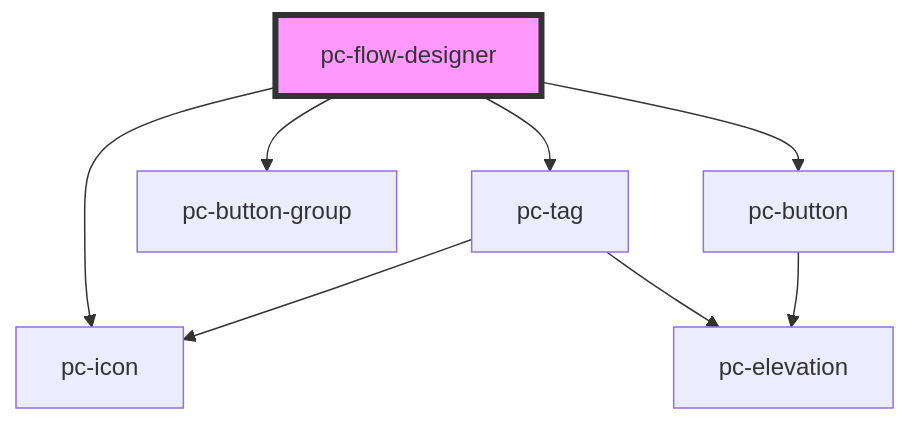
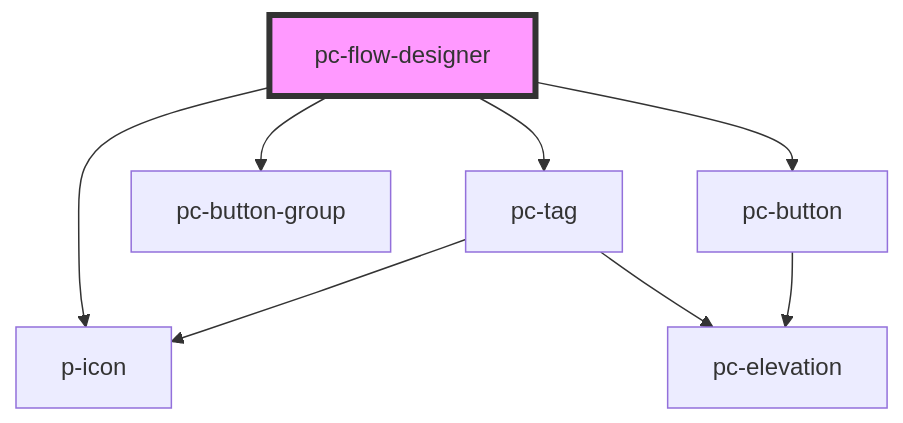
The diagram in src/components/application/flow-designer/flow-designer/readme.md (redvars/peacock), drawn with Mermaid before and after one commit. The commit also changed other lines of this file and 94 other files, not shown here.

````diff
--- a/src/components/application/flow-designer/flow-designer/readme.md
+++ b/src/components/application/flow-designer/flow-designer/readme.md
@@ -27,11 +27,11 @@
 ```mermaid
 graph TD;
-  pc-flow-designer --> pc-icon
+  pc-flow-designer --> p-icon
   pc-flow-designer --> pc-tag
   pc-flow-designer --> pc-button-group
   pc-flow-designer --> pc-button
-  pc-tag --> pc-icon
+  pc-tag --> p-icon
   pc-tag --> pc-elevation
   pc-button --> pc-elevation
   style pc-flow-designer fill:#f9f,stroke:#333,stroke-width:4px
 ```
````
